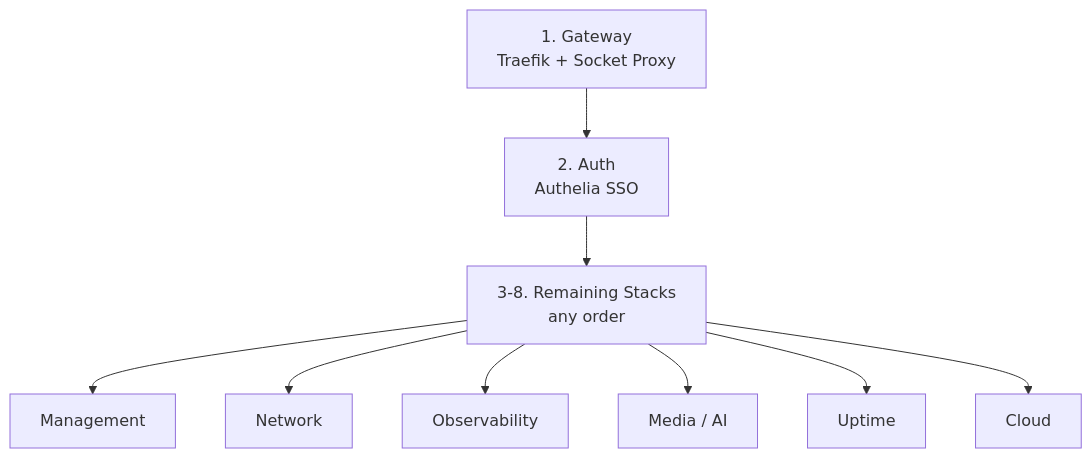
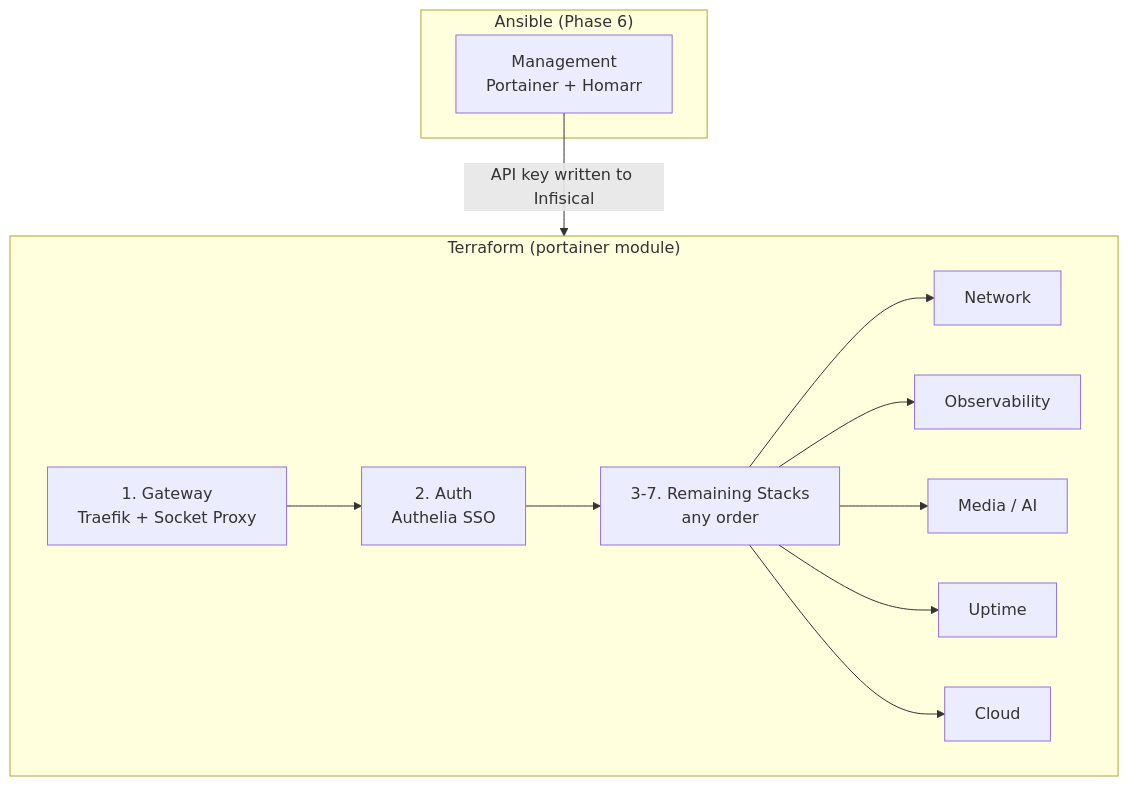
Before and after one commit to JoseStud/GoodOldMeServer: the diagram in docs/deployment-runbook.md, drawn with Mermaid. The commit also changed other lines of this file and 7 other files, not shown here.

Commit message:
feat: implement Portainer bootstrap role for management stack deployment and API key creation

````diff
--- a/docs/deployment-runbook.md
+++ b/docs/deployment-runbook.md
@@ -24,11 +26,16 @@
 ```mermaid
 flowchart TD
-    GW[1. Gateway<br/>Traefik + Socket Proxy] --> AUTH[2. Auth<br/>Authelia SSO]
-    AUTH --> REST[3-8. Remaining Stacks<br/>any order]
-    REST --> MGMT[Management]
-    REST --> NET[Network]
-    REST --> OBS[Observability]
-    REST --> MEDIA[Media / AI]
-    REST --> UP[Uptime]
-    REST --> CLOUD[Cloud]
+    subgraph Ansible ["Ansible (Phase 6)"]
+        MGMT[Management<br/>Portainer + Homarr]
+    end
+    subgraph Terraform ["Terraform (portainer module)"]
+        GW[1. Gateway<br/>Traefik + Socket Proxy] --> AUTH[2. Auth<br/>Authelia SSO]
+        AUTH --> REST[3-7. Remaining Stacks<br/>any order]
+        REST --> NET[Network]
+        REST --> OBS[Observability]
+        REST --> MEDIA[Media / AI]
+        REST --> UP[Uptime]
+        REST --> CLOUD[Cloud]
+    end
+    MGMT -->|API key written to Infisical| Terraform
 ```
````
